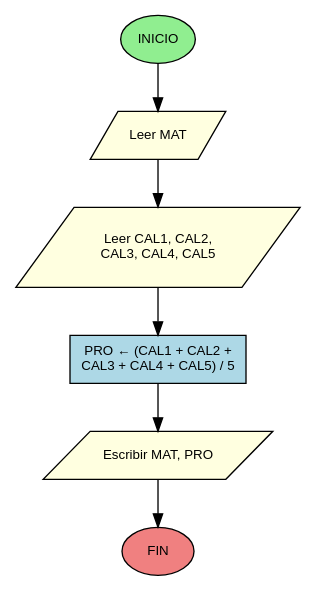
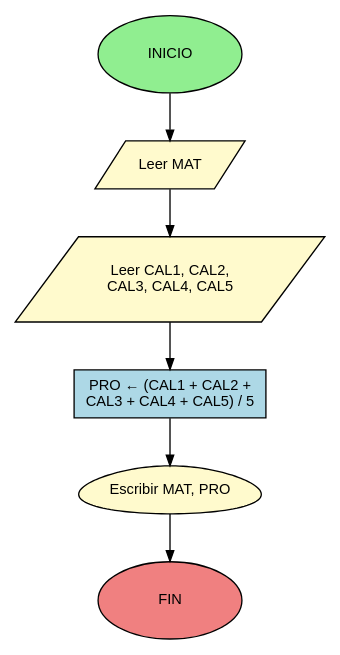
The diagram in diagramas/ejemplo_1_13.dot (D1egoXD/JAVA-TICS), drawn with Graphviz before and after one commit. The commit also changed 16 other files, not shown here.

Commit message:
Actualizar diagrama del ejercicio 1.13

```diff
--- a/diagramas/ejemplo_1_13.dot
+++ b/diagramas/ejemplo_1_13.dot
@@ -1,29 +1,31 @@
 digraph PromedioCalificaciones {
     // Configuración general
     rankdir=TB;
-    node [shape=box, style=filled, fillcolor=lightblue, fontname="Arial", fontsize=10];
-    edge [fontname="Arial", fontsize=9];
+    node [shape=box, style=filled, fontname="Arial", fontsize=11];
+    edge [fontname="Arial", fontsize=10, color=black, arrowsize=0.8];
 
-    // Nodo inicial (círculo)
-    start [label="INICIO", shape=ellipse, fillcolor=lightgreen];
+    // Nodo inicial (óvalo verde - Símbolo de Inicio)
+    start [label="INICIO", shape=oval, fillcolor="#90EE90", style="filled", width=1.5, height=0.8];
 
-    // Nodo de lectura de datos (paralelogramo)
-    read1 [label="Leer MAT", shape=parallelogram, fillcolor=lightyellow];
-    read2 [label="Leer CAL1, CAL2,\nCAL3, CAL4, CAL5", shape=parallelogram, fillcolor=lightyellow];
+    // Nodo de entrada MAT (paralelogramo amarillo claro)
+    input1 [label="Leer MAT", shape=parallelogram, fillcolor="#FFFACD", style="filled", skew=0.3];
 
-    // Nodo de proceso (rectángulo)
-    process [label="PRO ← (CAL1 + CAL2 +\nCAL3 + CAL4 + CAL5) / 5", shape=box, fillcolor=lightblue];
+    // Nodo de entrada calificaciones (paralelogramo amarillo claro)
+    input2 [label="Leer CAL1, CAL2,\nCAL3, CAL4, CAL5", shape=parallelogram, fillcolor="#FFFACD", style="filled", skew=0.3];
 
-    // Nodo de escritura/salida (paralelogramo)
-    write [label="Escribir MAT, PRO", shape=parallelogram, fillcolor=lightyellow];
+    // Nodo de proceso (rectángulo azul claro)
+    process [label="PRO ← (CAL1 + CAL2 +\nCAL3 + CAL4 + CAL5) / 5", shape=rectangle, fillcolor="#ADD8E6", style="filled"];
 
-    // Nodo final (círculo)
-    end [label="FIN", shape=ellipse, fillcolor=lightcoral];
+    // Nodo de salida (egg - Símbolo de Documento Impreso)
+    output [label="Escribir MAT, PRO", shape=egg, fillcolor="#FFFACD", style="filled"];
+
+    // Nodo final (óvalo rojo/coral - Símbolo de Fin)
+    end [label="FIN", shape=oval, fillcolor="#F08080", style="filled", width=1.5, height=0.8];
 
     // Conexiones
-    start -> read1;
-    read1 -> read2;
-    read2 -> process;
-    process -> write;
-    write -> end;
+    start -> input1;
+    input1 -> input2;
+    input2 -> process;
+    process -> output;
+    output -> end;
 }
```
